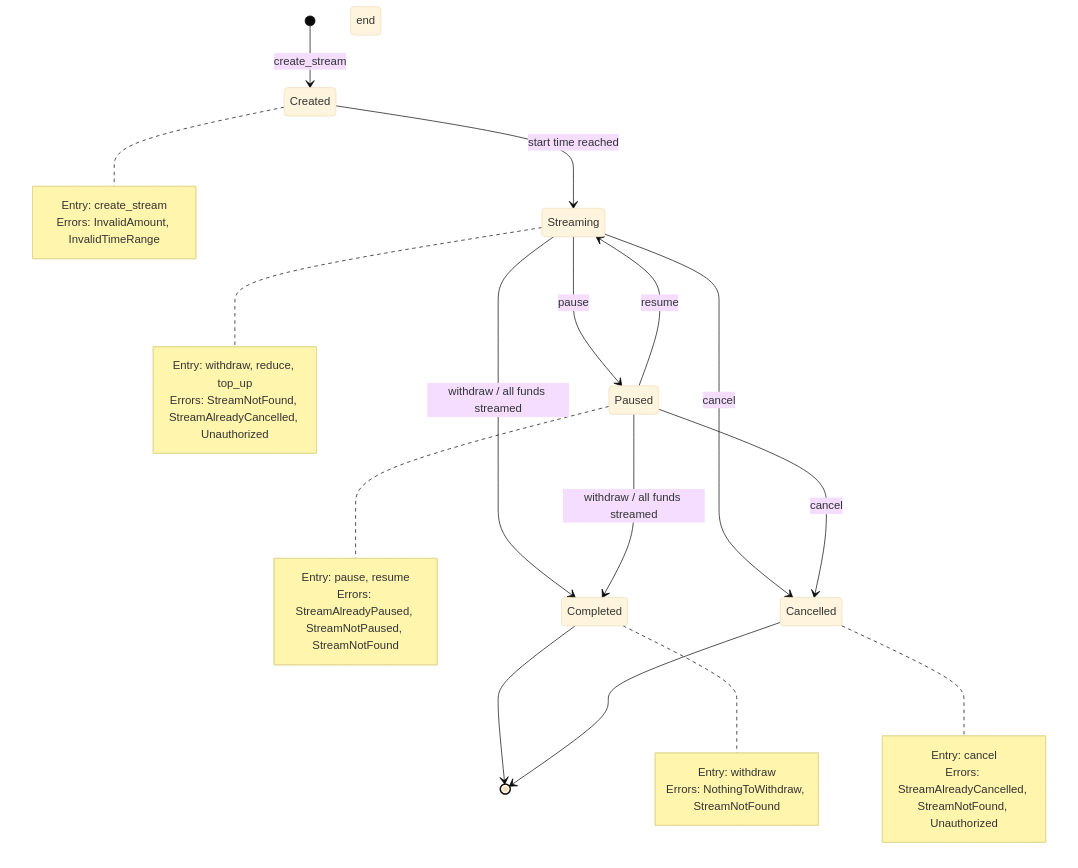
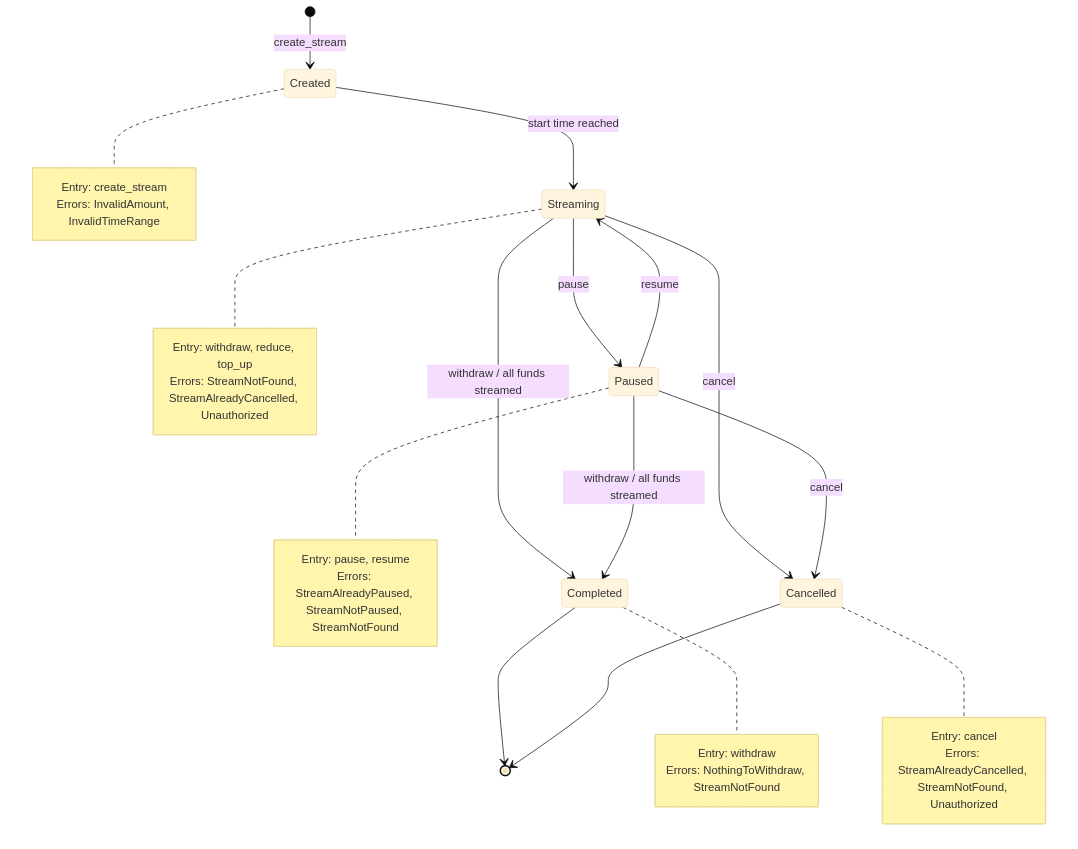
The second of 2 diagrams in docs/contracts.md (SorobanForge/stellar-streams), drawn with Mermaid (base theme) before and after one commit.

Commit message:
Fix #380: docs: add a stream lifecycle state diagram (CI fix)

````diff
--- a/docs/contracts.md
+++ b/docs/contracts.md
@@ -19,39 +19,38 @@
 ```mermaid
 stateDiagram-v2
     [*] --> Created: create_stream
     Created --> Streaming: start time reached
     Streaming --> Paused: pause
     Paused --> Streaming: resume
     Streaming --> Completed: withdraw / all funds streamed
     Paused --> Completed: withdraw / all funds streamed
     Streaming --> Cancelled: cancel
     Paused --> Cancelled: cancel
     Completed --> [*]
     Cancelled --> [*]
 
     note right of Created
       Entry: create_stream
       Errors: InvalidAmount, InvalidTimeRange
     end note
 
     note right of Streaming
       Entry: withdraw, reduce, top_up
       Errors: StreamNotFound, StreamAlreadyCancelled, Unauthorized
     end note
 
     note right of Paused
       Entry: pause, resume
       Errors: StreamAlreadyPaused, StreamNotPaused, StreamNotFound
     end note
 
     note right of Completed
       Entry: withdraw
       Errors: NothingToWithdraw, StreamNotFound
     end note
 
     note right of Cancelled
       Entry: cancel
       Errors: StreamAlreadyCancelled, StreamNotFound, Unauthorized
     end note
-end
 ```
````
